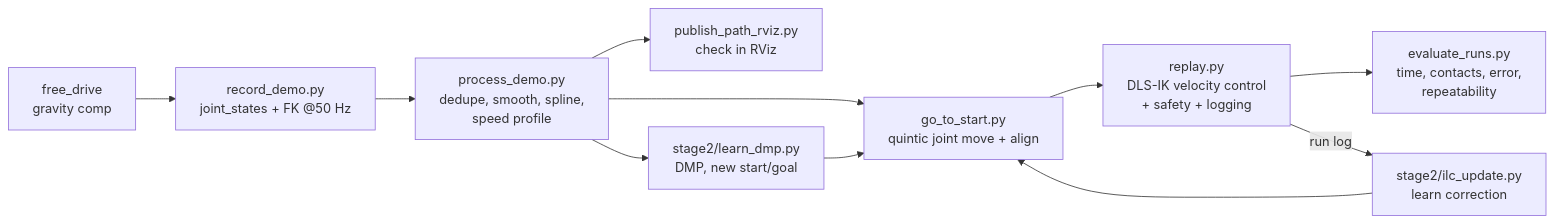
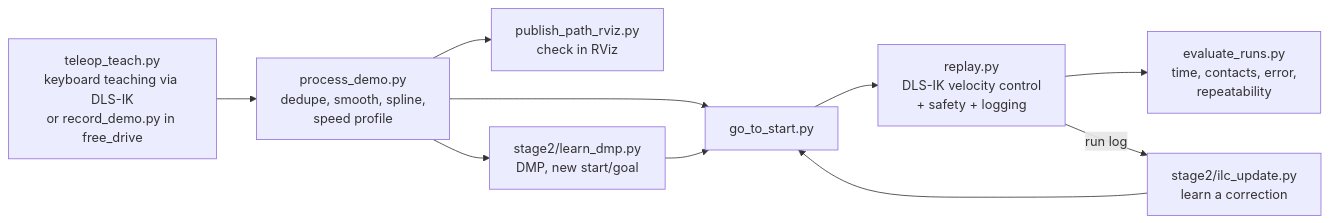
Before and after one commit to yashpatil-bit/Project_3_ITR_YPK: the diagram in README.md, drawn with Mermaid. The commit also changed other lines of this file and 3 other files, not shown here.

````diff
--- a/README.md
+++ b/README.md
@@ -12,13 +67,12 @@
 ```mermaid
 flowchart LR
-  A[free_drive<br/>gravity comp] --> B[record_demo.py<br/>joint_states + FK @50 Hz]
-  B --> C[process_demo.py<br/>dedupe, smooth, spline,<br/>speed profile]
+  A[teleop_teach.py<br/>keyboard teaching via DLS-IK<br/>or record_demo.py in free_drive] --> C[process_demo.py<br/>dedupe, smooth, spline,<br/>speed profile]
   C --> D[publish_path_rviz.py<br/>check in RViz]
-  C --> E[go_to_start.py<br/>quintic joint move + align]
+  C --> E[go_to_start.py]
   E --> F[replay.py<br/>DLS-IK velocity control<br/>+ safety + logging]
   F --> G[evaluate_runs.py<br/>time, contacts, error,<br/>repeatability]
-  F -- run log --> H[stage2/ilc_update.py<br/>learn correction]
+  F -- run log --> H[stage2/ilc_update.py<br/>learn a correction]
   H --> E
   C --> I[stage2/learn_dmp.py<br/>DMP, new start/goal]
   I --> E
 ```
````
